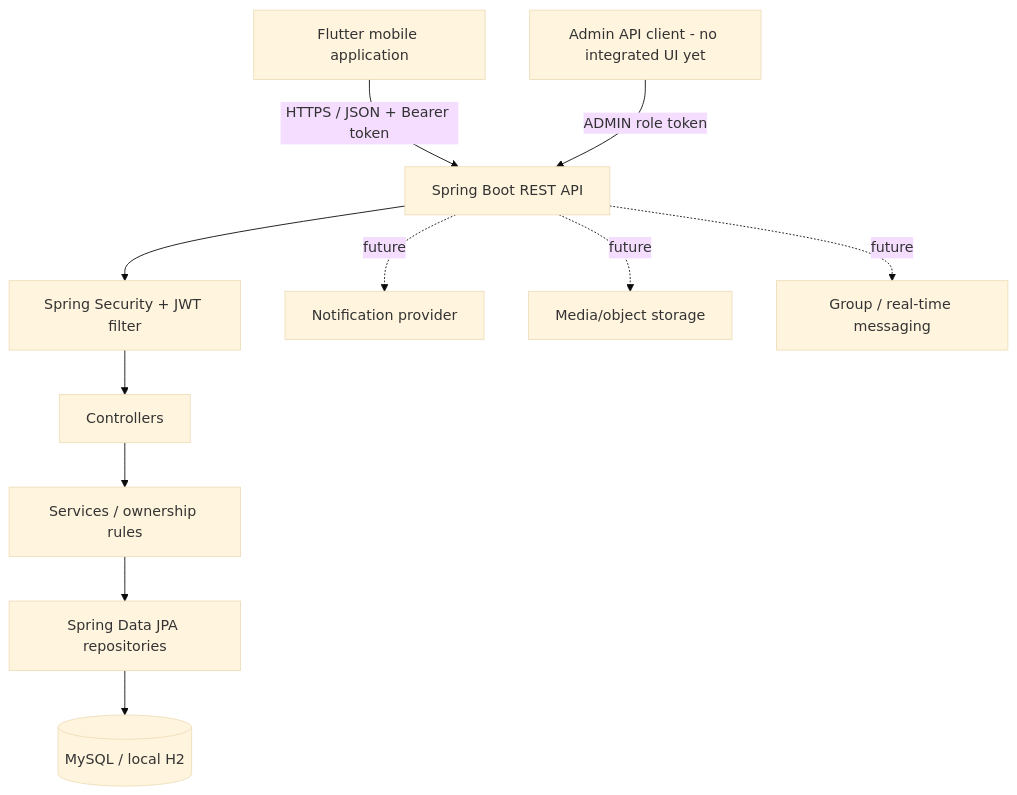
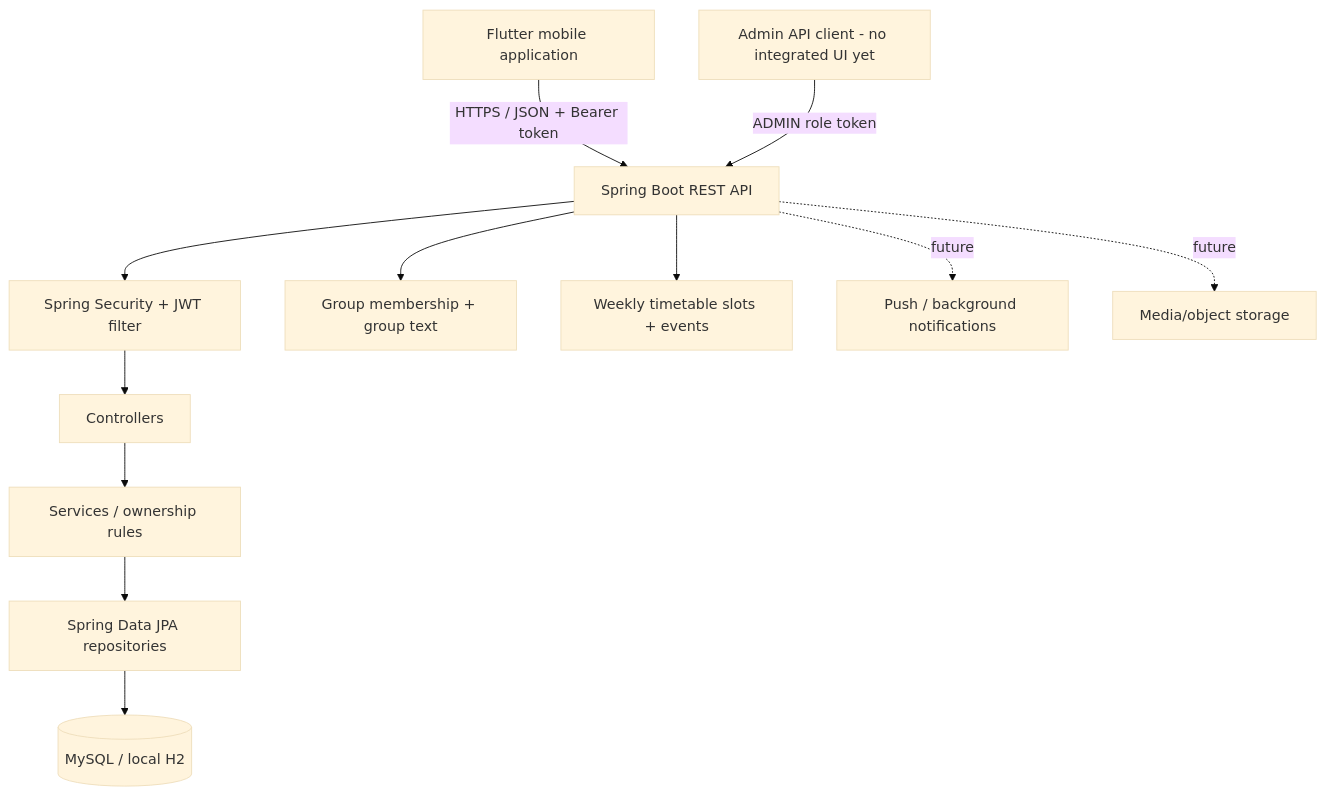
Before and after one commit to bhargavsrikar-5/v-comm: the diagram in docs/ARCHITECTURE.md, drawn with Mermaid (base theme). The commit also changed other lines of this file and 12 other files, not shown here.

````diff
--- a/docs/ARCHITECTURE.md
+++ b/docs/ARCHITECTURE.md
@@ -7,13 +7,14 @@
 ```mermaid
 flowchart TD
     M[Flutter mobile application] -->|HTTPS / JSON + Bearer token| A[Spring Boot REST API]
     A --> SEC[Spring Security + JWT filter]
     SEC --> C[Controllers]
     C --> S[Services / ownership rules]
     S --> R[Spring Data JPA repositories]
     R --> D[(MySQL / local H2)]
     AD[Admin API client - no integrated UI yet] -->|ADMIN role token| A
-    A -. future .-> N[Notification provider]
+    A --> G[Group membership + group text]
+    A --> T[Weekly timetable slots + events]
+    A -. future .-> N[Push / background notifications]
     A -. future .-> F[Media/object storage]
-    A -. future .-> RT[Group / real-time messaging]
 ```
````
